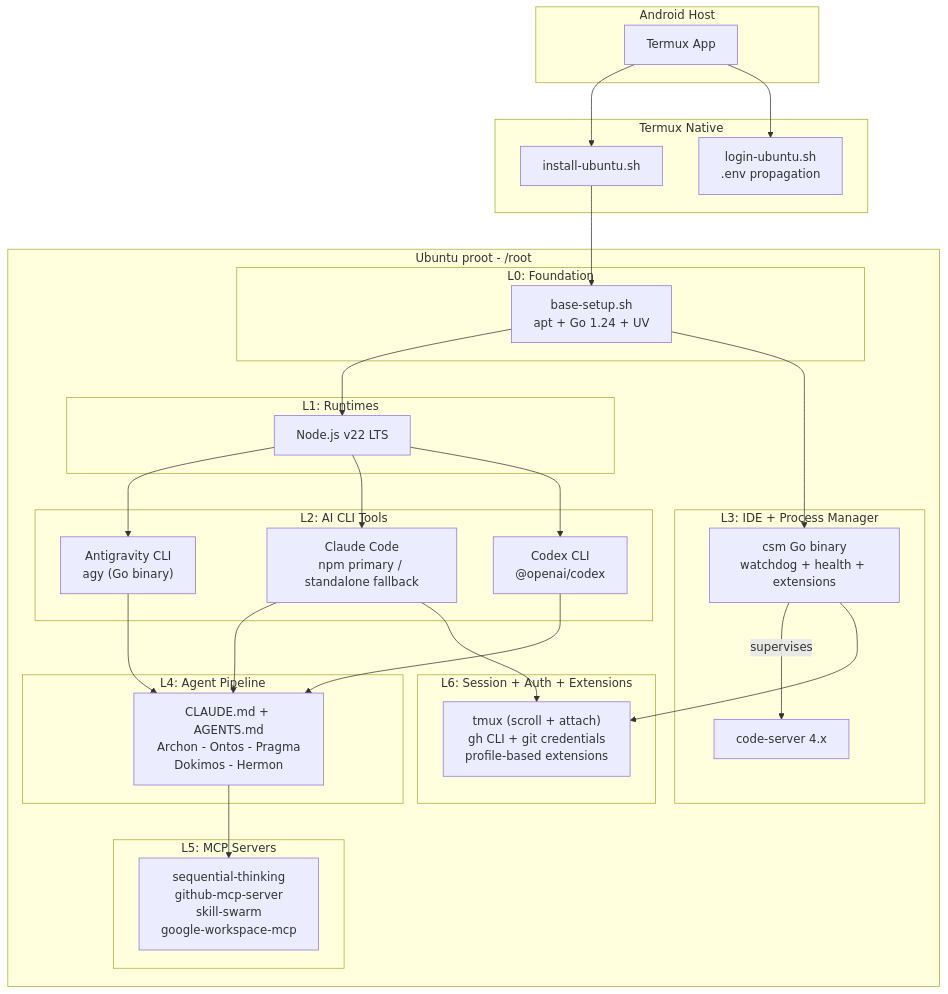
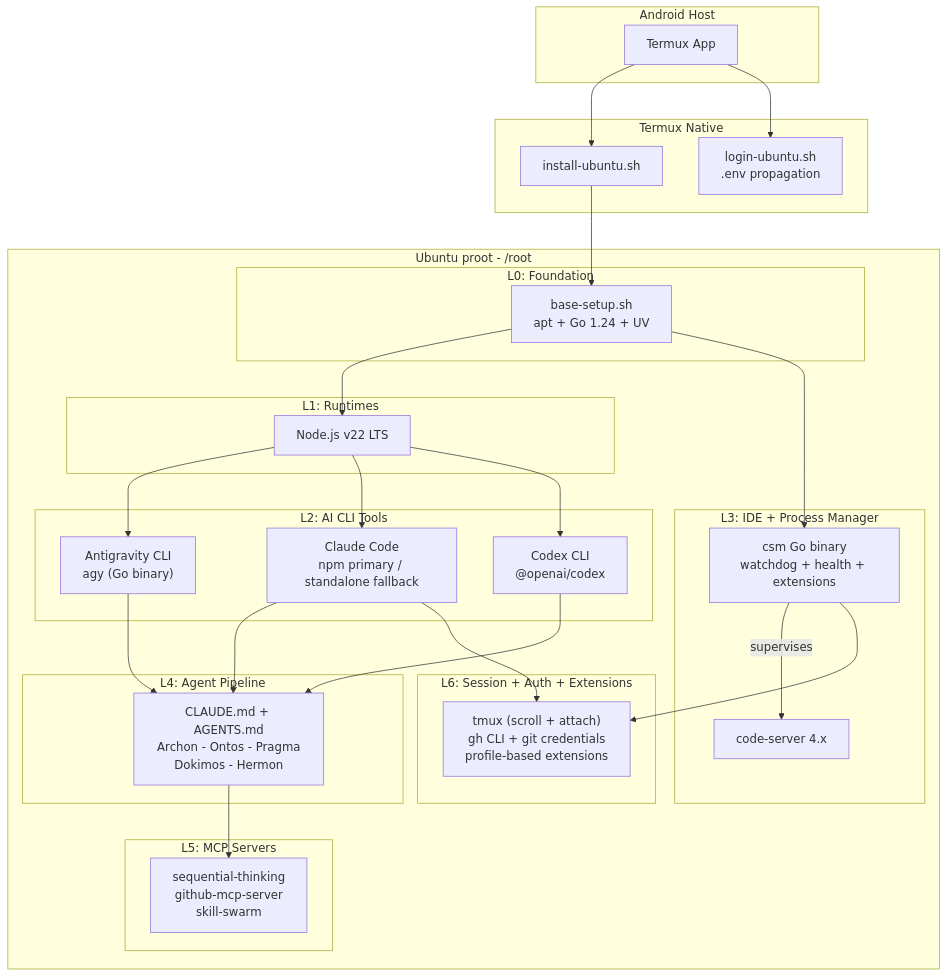
Before and after one commit to ancrz/termux-linux-deployer: the first of 7 diagrams in README.md, drawn with Mermaid. The commit also changed other lines of this file and 7 other files, not shown here.

Commit message:
chore: remove google-workspace-mcp integration

````diff
--- a/README.md
+++ b/README.md
@@ -11,52 +11,52 @@
 ```mermaid
 graph TB
     subgraph "Android Host"
         A["Termux App"]
     end
 
     subgraph "Termux Native"
         B["install-ubuntu.sh"]
         L["login-ubuntu.sh<br/>.env propagation"]
     end
 
     subgraph "Ubuntu proot - /root"
         subgraph "L0: Foundation"
             C["base-setup.sh<br/>apt + Go 1.24 + UV"]
         end
 
         subgraph "L1: Runtimes"
             D["Node.js v22 LTS"]
         end
 
         subgraph "L2: AI CLI Tools"
             G["Antigravity CLI<br/>agy (Go binary)"]
             H["Claude Code<br/>npm primary / standalone fallback"]
             CX["Codex CLI<br/>@openai/codex"]
         end
 
         subgraph "L3: IDE + Process Manager"
             I["csm Go binary<br/>watchdog + health + extensions"]
             J["code-server 4.x"]
         end
 
         subgraph "L4: Agent Pipeline"
             K["CLAUDE.md + AGENTS.md<br/>Archon - Ontos - Pragma<br/>Dokimos - Hermon"]
         end
 
         subgraph "L5: MCP Servers"
-            M["sequential-thinking<br/>github-mcp-server<br/>skill-swarm<br/>google-workspace-mcp"]
+            M["sequential-thinking<br/>github-mcp-server<br/>skill-swarm"]
         end
 
         subgraph "L6: Session + Auth + Extensions"
             N["tmux (scroll + attach)<br/>gh CLI + git credentials<br/>profile-based extensions"]
         end
     end
 
     A --> B --> C
     A --> L
     C --> D --> G & H & CX
     C --> I -->|supervises| J
     G & H & CX --> K --> M
     H --> N
     I --> N
 ```
````
